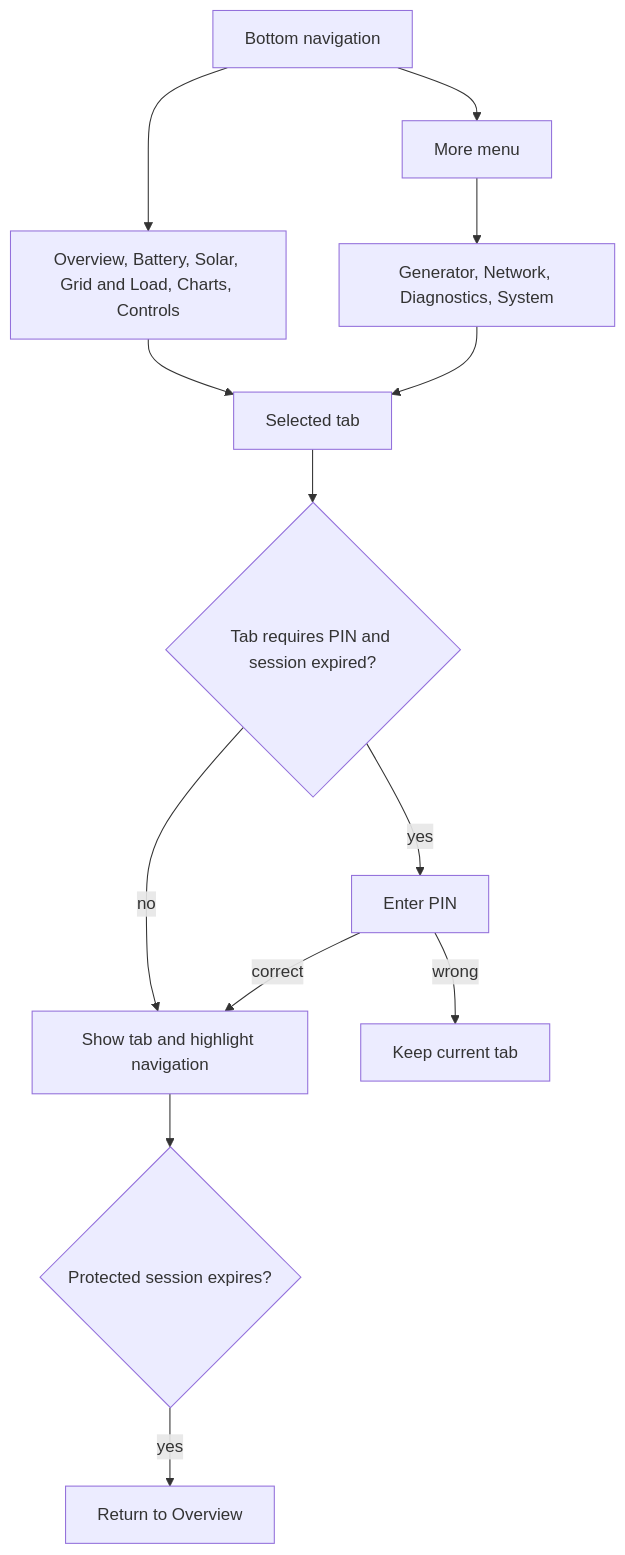
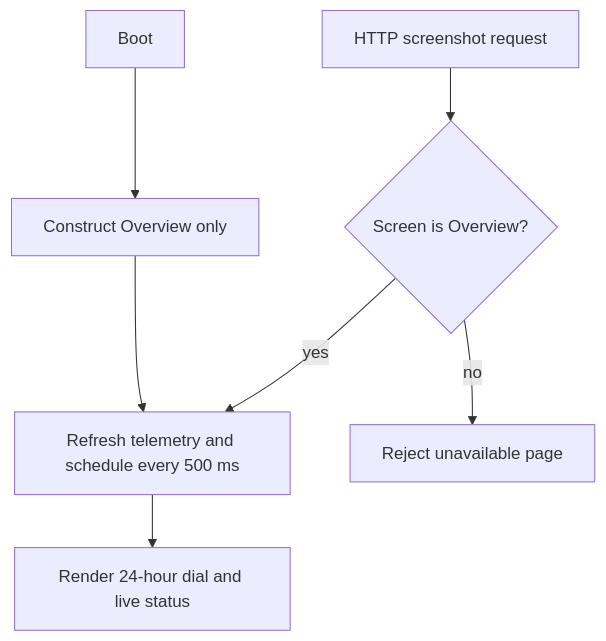
The diagram in docs/diagrams/navigation-flow.md (shaposhnikoff/ESP32_S3_INTEGRATED_DISPLAY_DEYE_6), drawn with Mermaid before and after one commit. The commit also changed other lines of this file and 55 other files, not shown here.

Commit message:
feat: add live 24-hour outage overview for Waveshare 7B (#2)

````diff
--- a/docs/diagrams/navigation-flow.md
+++ b/docs/diagrams/navigation-flow.md
@@ -3,15 +3,9 @@
 ```mermaid
 flowchart TD
-    Nav["Bottom navigation"] --> Direct["Overview, Battery, Solar, Grid and Load, Charts, Controls"]
-    Nav --> More["More menu"]
-    More --> Extra["Generator, Network, Diagnostics, System"]
-    Direct --> Target["Selected tab"]
-    Extra --> Target
-    Target --> Protected{"Tab requires PIN and session expired?"}
-    Protected -->|no| Show["Show tab and highlight navigation"]
-    Protected -->|yes| Prompt["Enter PIN"]
-    Prompt -->|correct| Show
-    Prompt -->|wrong| Stay["Keep current tab"]
-    Show --> Expiry{"Protected session expires?"}
-    Expiry -->|yes| Overview["Return to Overview"]
+    Boot["Boot"] --> Create["Construct Overview only"]
+    Create --> Refresh["Refresh telemetry and schedule every 500 ms"]
+    Refresh --> Show["Render 24-hour dial and live status"]
+    Capture["HTTP screenshot request"] --> Select{"Screen is Overview?"}
+    Select -->|yes| Refresh
+    Select -->|no| Reject["Reject unavailable page"]
 ```
````
